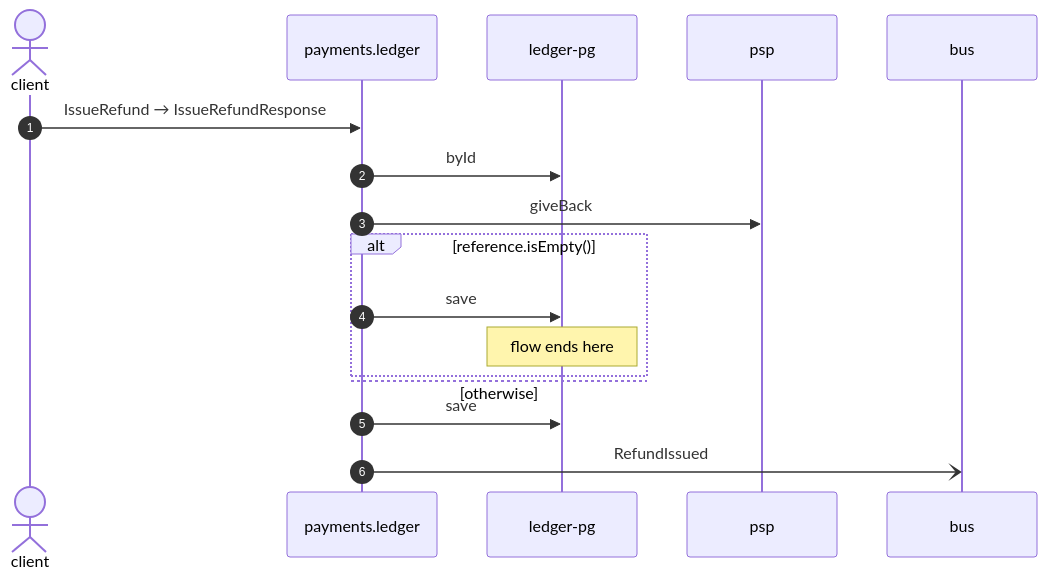
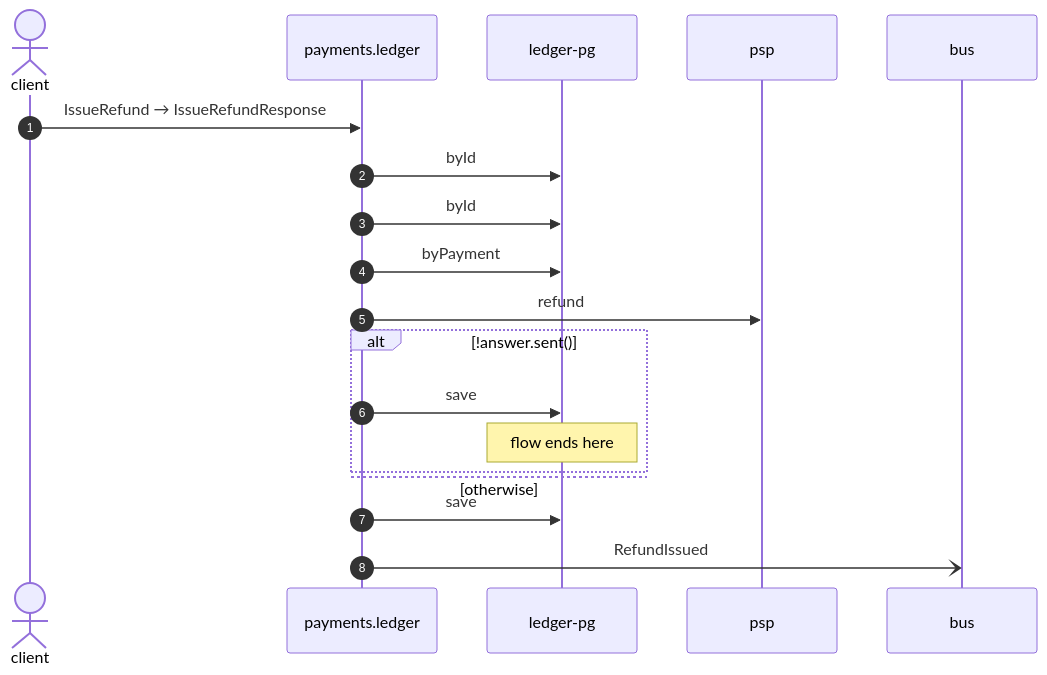
Before and after one commit to shortlink-org/portolan: the diagram in docs/flows/ledger-issue-refund.md, drawn with Mermaid. The commit also changed other lines of this file and 93 other files, not shown here.

````diff
--- a/docs/flows/ledger-issue-refund.md
+++ b/docs/flows/ledger-issue-refund.md
@@ -23,19 +23,21 @@
 ```mermaid
 sequenceDiagram
     autonumber
     actor p0 as client
     participant p1 as payments.ledger
     participant p2 as ledger-pg
     participant p3 as psp
     participant p4 as bus
     p0->>p1: IssueRefund → IssueRefundResponse
     p1->>p2: byId
-    p1->>p3: giveBack
-    alt reference.isEmpty()
+    p1->>p2: byId
+    p1->>p2: byPayment
+    p1->>p3: refund
+    alt !answer.sent()
         p1->>p2: save
         Note over p2: flow ends here
     else otherwise
     end
     p1->>p2: save
     p1-)p4: RefundIssued
 ```
````
